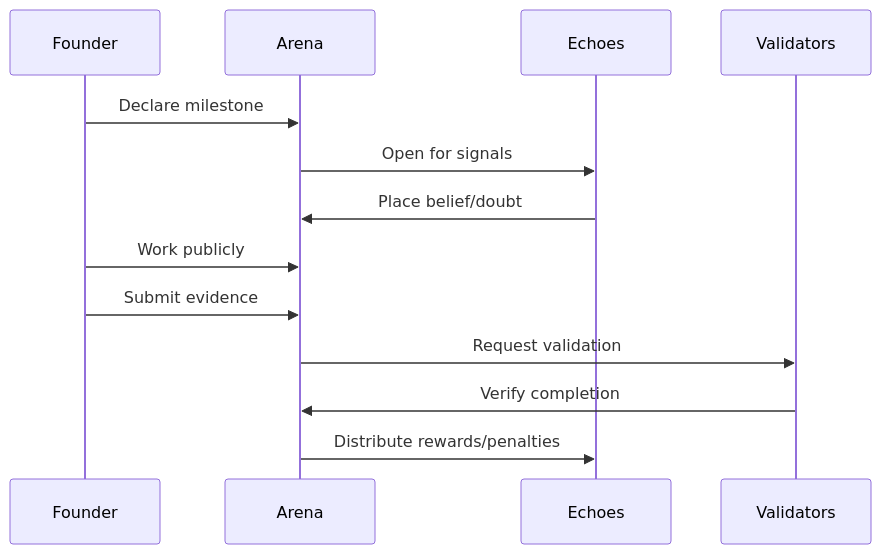
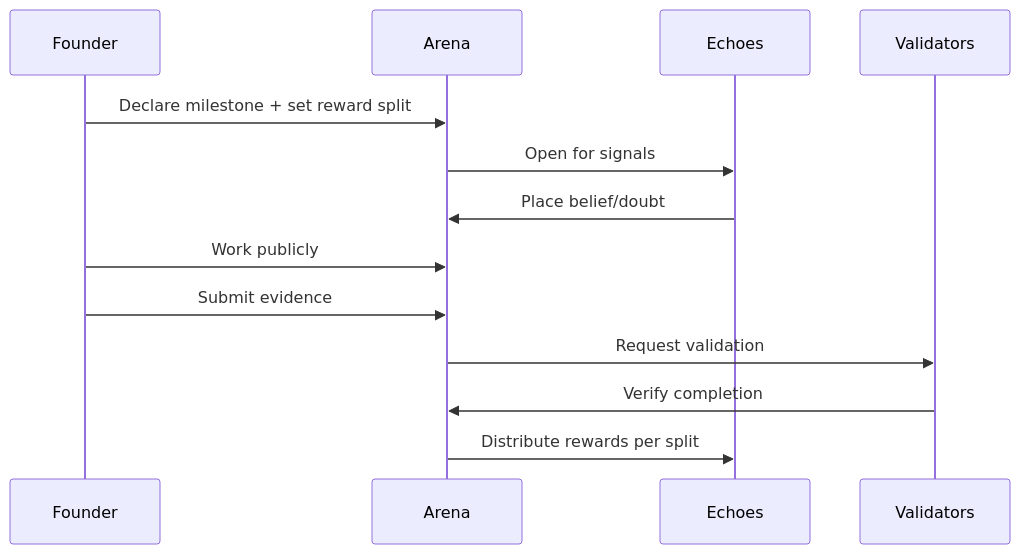
The first of 2 diagrams in docs/overview-guide/arena-system.md (inocult/studio3-docs), drawn with Mermaid before and after one commit. The commit also changed other lines of this file and 9 other files, not shown here.

````diff
--- a/docs/overview-guide/arena-system.md
+++ b/docs/overview-guide/arena-system.md
@@ -83,16 +83,16 @@
 ```mermaid
 sequenceDiagram
     participant F as Founder
     participant A as Arena
     participant E as Echoes
     participant V as Validators
     
-    F->>A: Declare milestone
+    F->>A: Declare milestone + set reward split
     A->>E: Open for signals
     E->>A: Place belief/doubt
     F->>A: Work publicly
     F->>A: Submit evidence
     A->>V: Request validation
     V->>A: Verify completion
-    A->>E: Distribute rewards/penalties
+    A->>E: Distribute rewards per split
 ```
````
